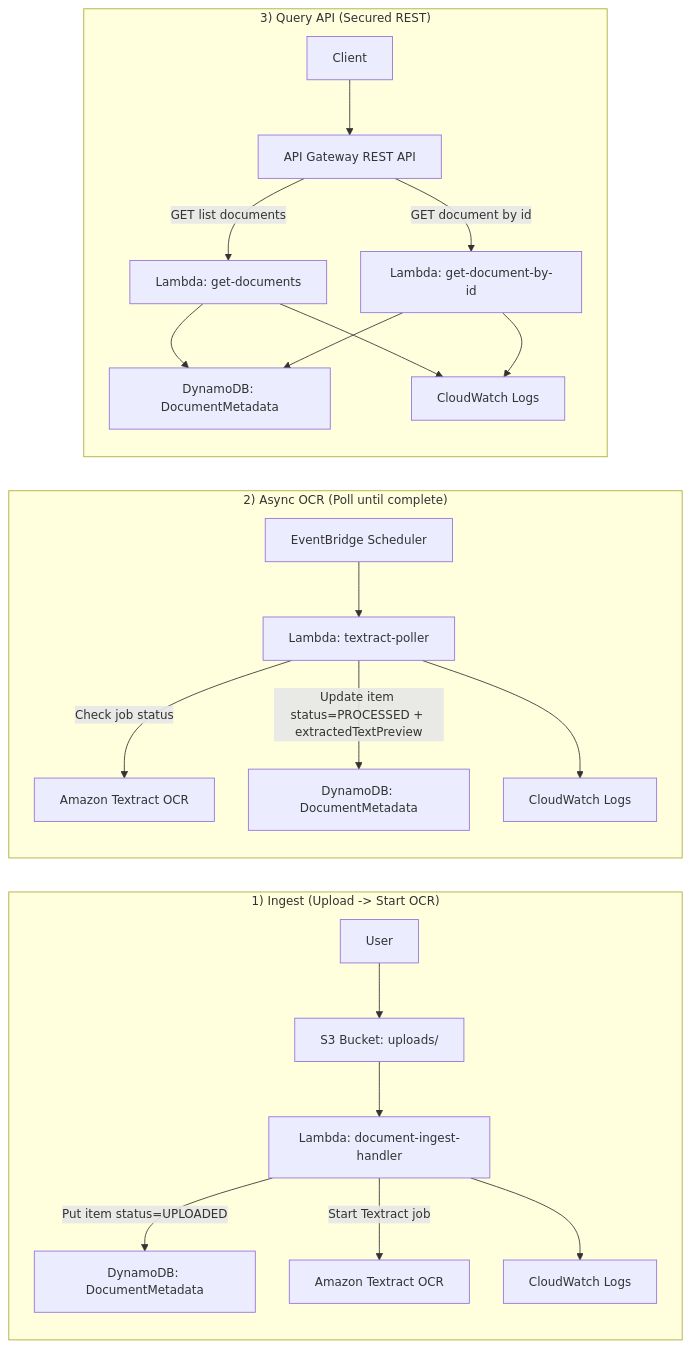
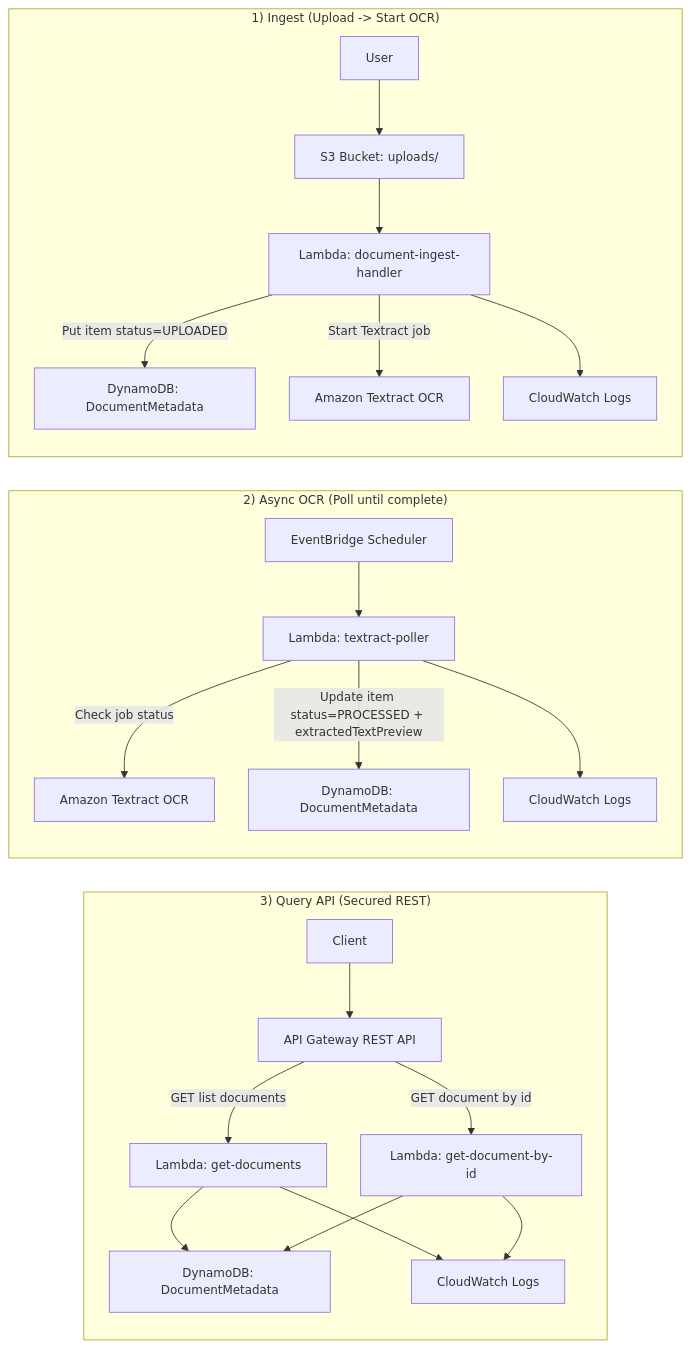
Before and after one commit to YogithR/Serverless-Document-Processing-Pipeline-AWS-: the diagram in README.md, drawn with Mermaid. The commit also changed other lines of this file, not shown here.

````diff
--- a/README.md
+++ b/README.md
@@ -16,32 +16,32 @@
 ```mermaid
 %%{init: {"flowchart": {"nodeSpacing": 40, "rankSpacing": 40, "curve": "basis"}, "themeVariables": {"fontSize": "14px"}} }%%
 flowchart LR;
-
-subgraph ING["1) Ingest (Upload -> Start OCR)"];
-direction TB;
-U[User] --> S3["S3 Bucket: uploads/"];
-S3 --> L1["Lambda: document-ingest-handler"];
-L1 -->|"Put item status=UPLOADED"| DDB1["DynamoDB: DocumentMetadata"];
-L1 -->|"Start Textract job"| TX1["Amazon Textract OCR"];
-L1 --> CW1["CloudWatch Logs"];
-end;
-
-subgraph ASYNC["2) Async OCR (Poll until complete)"];
-direction TB;
-EB["EventBridge Scheduler"] --> L2["Lambda: textract-poller"];
-L2 -->|"Check job status"| TX2["Amazon Textract OCR"];
-L2 -->|"Update item status=PROCESSED + extractedTextPreview"| DDB2["DynamoDB: DocumentMetadata"];
-L2 --> CW2["CloudWatch Logs"];
-end;
 
 subgraph API["3) Query API (Secured REST)"];
 direction TB;
 C[Client] --> APIGW["API Gateway REST API"];
 APIGW -->|"GET list documents"| L3["Lambda: get-documents"];
 APIGW -->|"GET document by id"| L4["Lambda: get-document-by-id"];
 L3 --> DDB3["DynamoDB: DocumentMetadata"];
 L4 --> DDB3;
 L3 --> CW3["CloudWatch Logs"];
 L4 --> CW3;
 end;
+
+subgraph ASYNC["2) Async OCR (Poll until complete)"];
+direction TB;
+EB["EventBridge Scheduler"] --> L2["Lambda: textract-poller"];
+L2 -->|"Check job status"| TX2["Amazon Textract OCR"];
+L2 -->|"Update item status=PROCESSED + extractedTextPreview"| DDB2["DynamoDB: DocumentMetadata"];
+L2 --> CW2["CloudWatch Logs"];
+end;
+
+subgraph ING["1) Ingest (Upload -> Start OCR)"];
+direction TB;
+U[User] --> S3["S3 Bucket: uploads/"];
+S3 --> L1["Lambda: document-ingest-handler"];
+L1 -->|"Put item status=UPLOADED"| DDB1["DynamoDB: DocumentMetadata"];
+L1 -->|"Start Textract job"| TX1["Amazon Textract OCR"];
+L1 --> CW1["CloudWatch Logs"];
+end;
 ```
````
